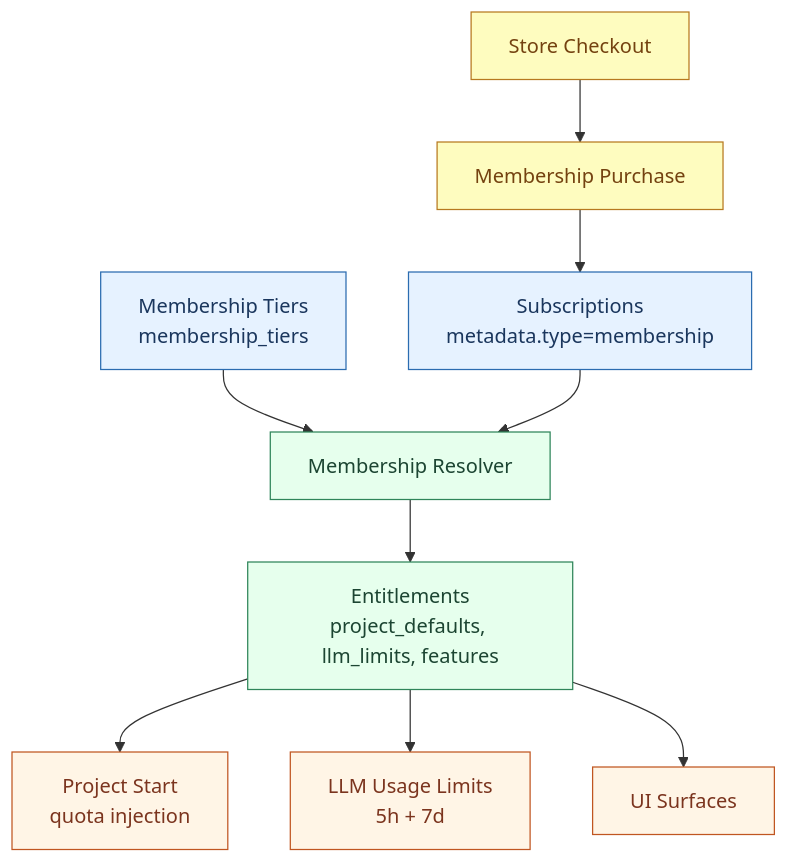
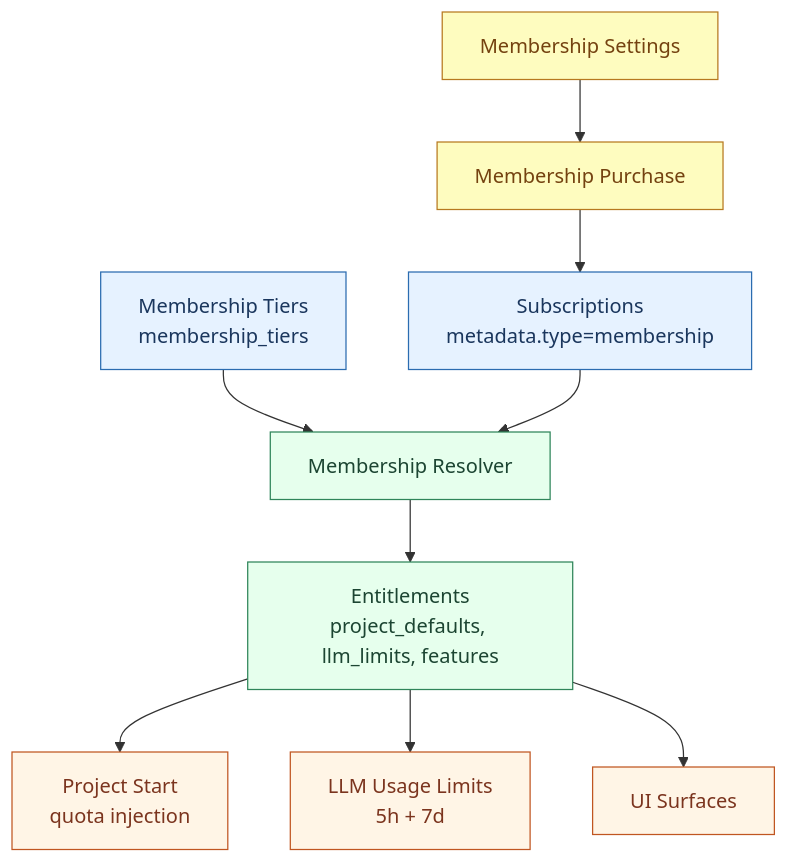
Before and after one commit to sagemathinc/cocalc-ai: the diagram in docs/membership.md, drawn with Mermaid. The commit also changed other lines of this file and 27 other files, not shown here.

First line of the commit message:
frontend/store: move voucher purchase into vouchers

````diff
--- a/docs/membership.md
+++ b/docs/membership.md
@@ -15,21 +15,21 @@
 ```mermaid
 flowchart TD
   A[Membership Tiers<br/>membership_tiers] --> B[Membership Resolver]
   C[Subscriptions<br/>metadata.type=membership] --> B
   B --> D[Entitlements<br/>project_defaults, llm_limits, features]
   D --> E[Project Start<br/>quota injection]
   D --> F[LLM Usage Limits<br/>5h + 7d]
   D --> G[UI Surfaces]
-  H[Store Checkout] --> I[Membership Purchase]
+  H[Membership Settings] --> I[Membership Purchase]
   I --> C
 
   classDef data fill:#e6f2ff,stroke:#2b6cb0,color:#1a365d;
   classDef logic fill:#e6ffed,stroke:#2f855a,color:#1c4532;
   classDef ui fill:#fff5e6,stroke:#c05621,color:#7b341e;
   classDef purchase fill:#fefcbf,stroke:#b7791f,color:#744210;
 
   class A,C data;
   class B,D logic;
   class E,F,G ui;
   class H,I purchase;
 ```
````
